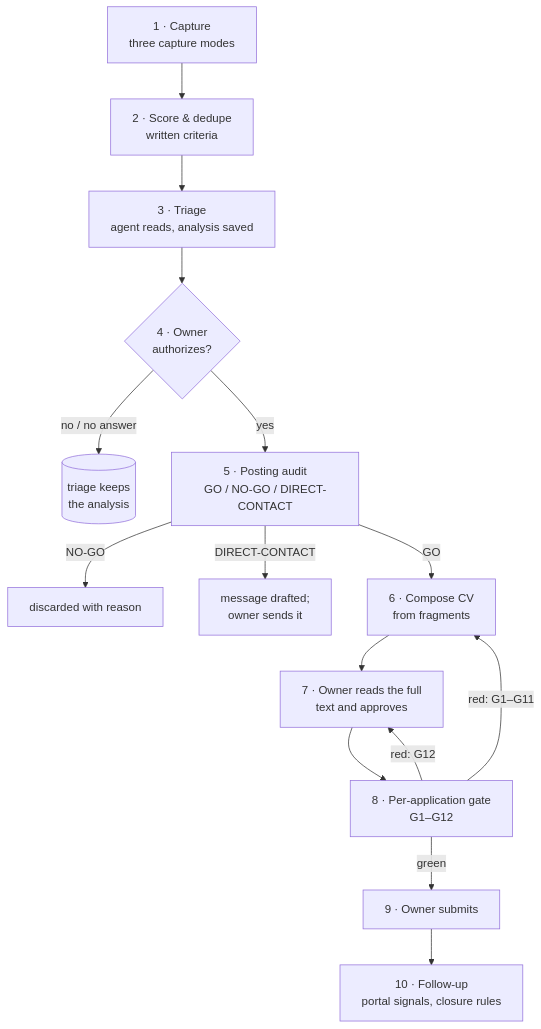
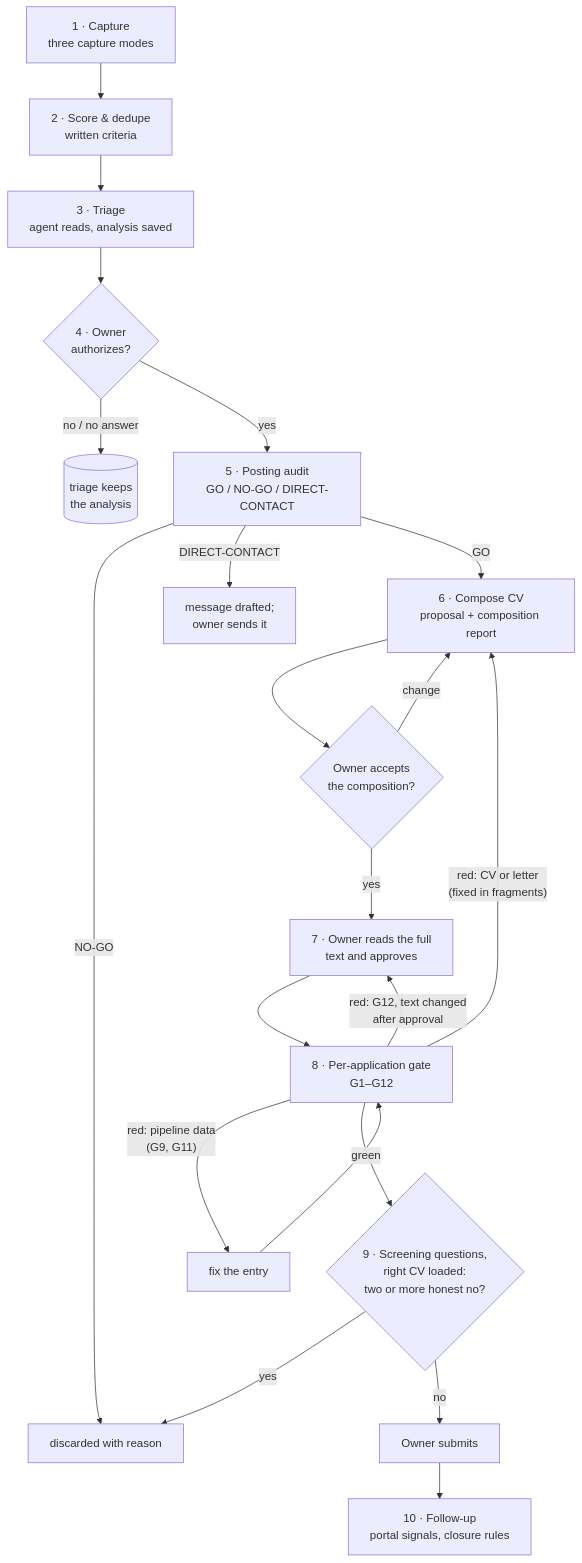
Before and after one commit to maaferna/job-search-agent-system: the first of 2 diagrams in docs/posting-lifecycle.md, drawn with Mermaid. The commit also changed other lines of this file and 7 other files, not shown here.

First line of the commit message:
Correct the diagrams and state the approval claim with its limits

````diff
--- a/docs/posting-lifecycle.md
+++ b/docs/posting-lifecycle.md
@@ -6,17 +6,23 @@
 ```mermaid
 flowchart TD
     A[1 · Capture<br/>three capture modes] --> B[2 · Score & dedupe<br/>written criteria]
     B --> C[3 · Triage<br/>agent reads, analysis saved]
     C --> D{4 · Owner<br/>authorizes?}
     D -- no / no answer --> T[(triage keeps<br/>the analysis)]
     D -- yes --> E[5 · Posting audit<br/>GO / NO-GO / DIRECT-CONTACT]
     E -- NO-GO --> X[discarded with reason]
     E -- DIRECT-CONTACT --> K[message drafted;<br/>owner sends it]
-    E -- GO --> F[6 · Compose CV<br/>from fragments]
-    F --> G[7 · Owner reads the full<br/>text and approves]
+    E -- GO --> F[6 · Compose CV<br/>proposal + composition report]
+    F --> R{Owner accepts<br/>the composition?}
+    R -- change --> F
+    R -- yes --> G[7 · Owner reads the full<br/>text and approves]
     G --> H[8 · Per-application gate<br/>G1–G12]
-    H -- red: G1–G11 --> F
-    H -- red: G12 --> G
-    H -- green --> I[9 · Owner submits]
+    H -- "red: CV or letter<br/>(fixed in fragments)" --> F
+    H -- "red: pipeline data<br/>(G9, G11)" --> P[fix the entry]
+    P --> H
+    H -- "red: G12, text changed<br/>after approval" --> G
+    H -- green --> Q{9 · Screening questions,<br/>right CV loaded:<br/>two or more honest no?}
+    Q -- yes --> X
+    Q -- no --> I[Owner submits]
     I --> J[10 · Follow-up<br/>portal signals, closure rules]
 ```
````
